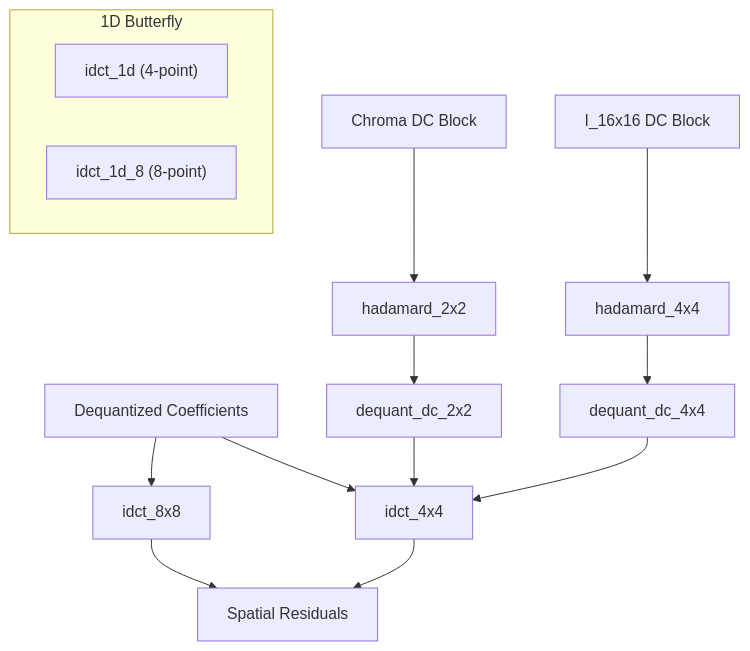
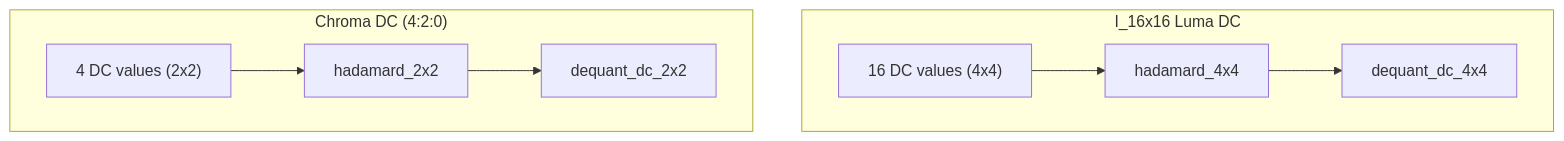
The second of 2 diagrams in transform/README.md (abhiksark/python-h264-scratch), drawn with Mermaid before and after one commit. The commit also changed other lines of this file and 13 other files, not shown here.

````diff
--- a/transform/README.md
+++ b/transform/README.md
@@ -27,17 +85,11 @@
 ```mermaid
 flowchart TD
-    DQC[Dequantized Coefficients] --> IDCT4[idct_4x4]
-    DQC --> IDCT8[idct_8x8]
-    DC16[I_16x16 DC Block] --> H4[hadamard_4x4]
-    DC2[Chroma DC Block] --> H2[hadamard_2x2]
-    H4 --> DQDC[dequant_dc_4x4]
-    H2 --> DQDC2[dequant_dc_2x2]
-    IDCT4 --> RES[Spatial Residuals]
-    IDCT8 --> RES
-    DQDC --> IDCT4
-    DQDC2 --> IDCT4
-    subgraph "1D Butterfly"
-        B1["idct_1d (4-point)"]
-        B8["idct_1d_8 (8-point)"]
+    subgraph "I_16x16 Luma DC"
+        DC16["16 DC values (4x4)"] --> HAD4["hadamard_4x4"]
+        HAD4 --> DQDC["dequant_dc_4x4"]
+    end
+    subgraph "Chroma DC (4:2:0)"
+        DC2["4 DC values (2x2)"] --> HAD2["hadamard_2x2"]
+        HAD2 --> DQDC2["dequant_dc_2x2"]
     end
 ```
````
